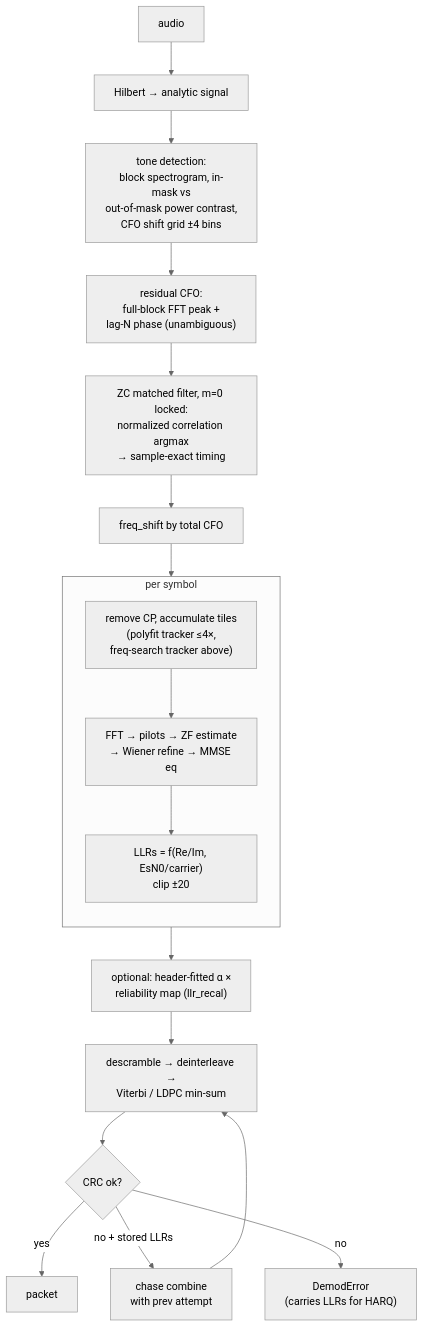
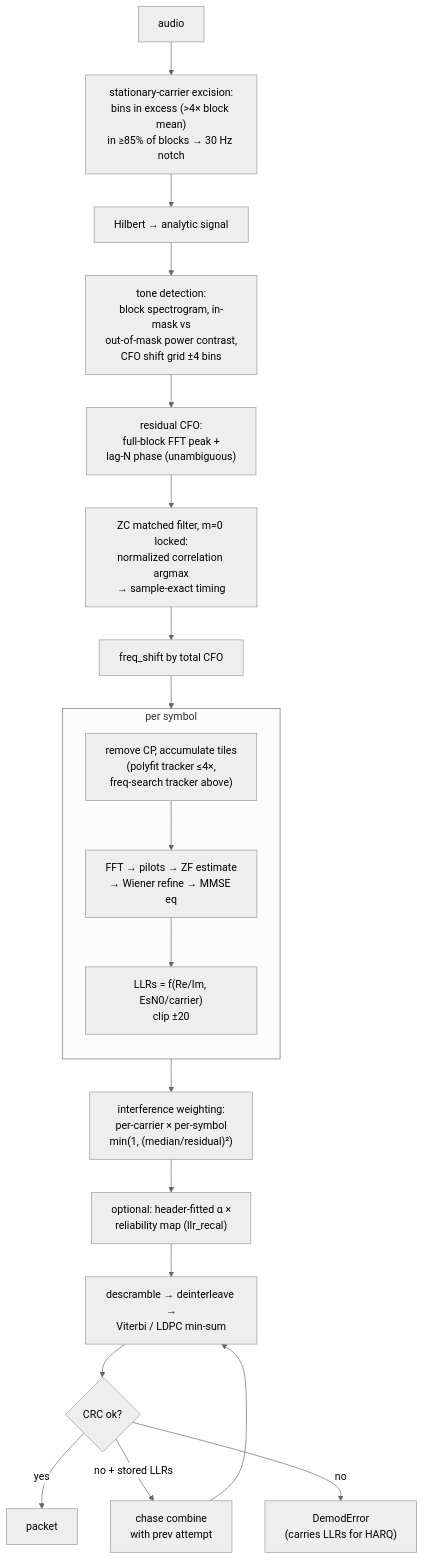
One commit to phoenix367/ham_ofdm_transceiver changed the fourth of 5 diagrams in docs/phy.md. Above: the diagram before and after it, drawn with Mermaid (neutral theme). The commit also changed other lines of this file and 44 other files, not shown here.

````diff
--- a/docs/phy.md
+++ b/docs/phy.md
@@ -226,21 +234,23 @@
 ```mermaid
 flowchart TD
-    IN["audio"] --> HB["Hilbert → analytic signal"]
+    IN["audio"] --> EX["stationary-carrier excision:<br/>bins in excess (>4× block mean)<br/>in ≥85% of blocks → 30 Hz notch"]
+    EX --> HB["Hilbert → analytic signal"]
     HB --> NM["tone detection:<br/>block spectrogram, in-mask vs<br/>out-of-mask power contrast,<br/>CFO shift grid ±4 bins"]
     NM --> RC["residual CFO:<br/>full-block FFT peak +<br/>lag-N phase (unambiguous)"]
     RC --> ZC["ZC matched filter, m=0 locked:<br/>normalized correlation argmax<br/>→ sample-exact timing"]
     ZC --> FS["freq_shift by total CFO"]
     FS --> SY["per-symbol demod"]
     subgraph SY["per symbol"]
         direction TB
         T1["remove CP, accumulate tiles<br/>(polyfit tracker ≤4×,<br/>freq-search tracker above)"] -->
         T2["FFT → pilots → ZF estimate<br/>→ Wiener refine → MMSE eq"] -->
         T3["LLRs = f(Re/Im, EsN0/carrier)<br/>clip ±20"]
     end
-    SY --> CAL["optional: header-fitted α ×<br/>reliability map (llr_recal)"]
+    SY --> IW["interference weighting:<br/>per-carrier × per-symbol<br/>min(1, (median/residual)²)"]
+    IW --> CAL["optional: header-fitted α ×<br/>reliability map (llr_recal)"]
     CAL --> DEC["descramble → deinterleave →<br/>Viterbi / LDPC min-sum"]
     DEC --> CRC{"CRC ok?"}
     CRC -->|yes| PKT["packet"]
     CRC -->|no + stored LLRs| HQ["chase combine<br/>with prev attempt"] --> DEC
     CRC -->|no| ERR["DemodError<br/>(carries LLRs for HARQ)"]
 ```
````
